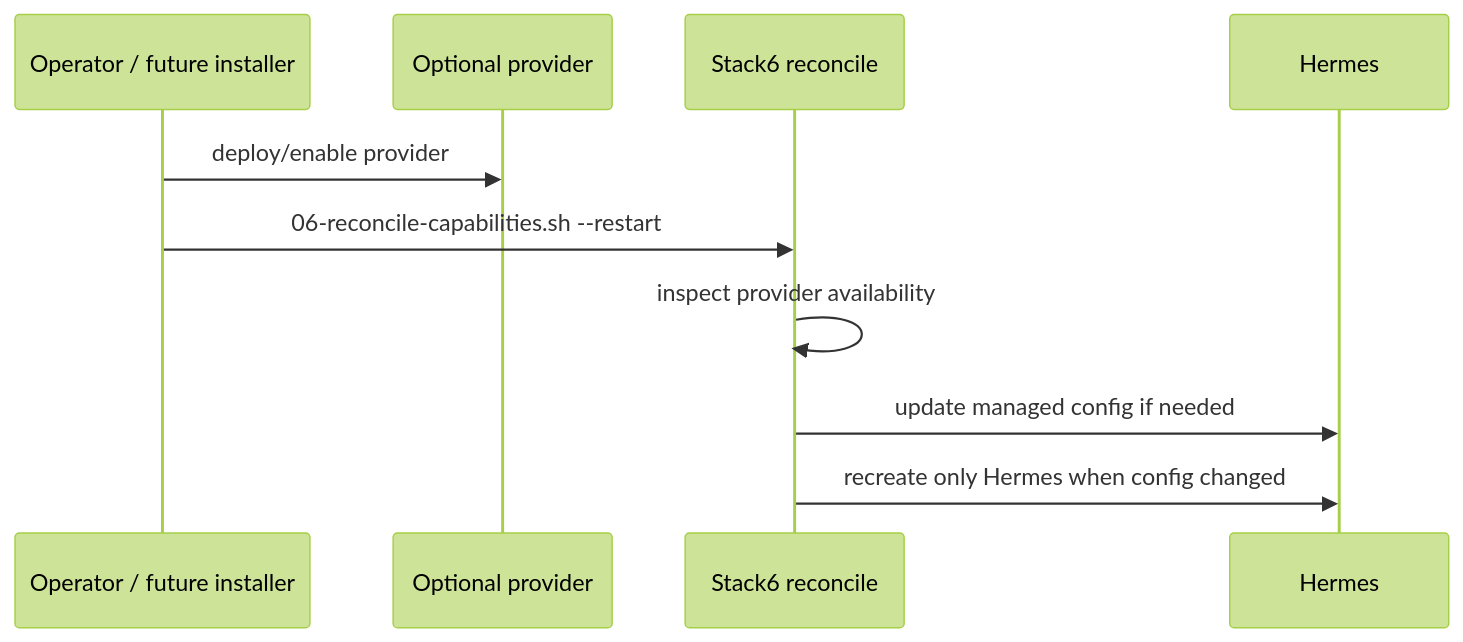
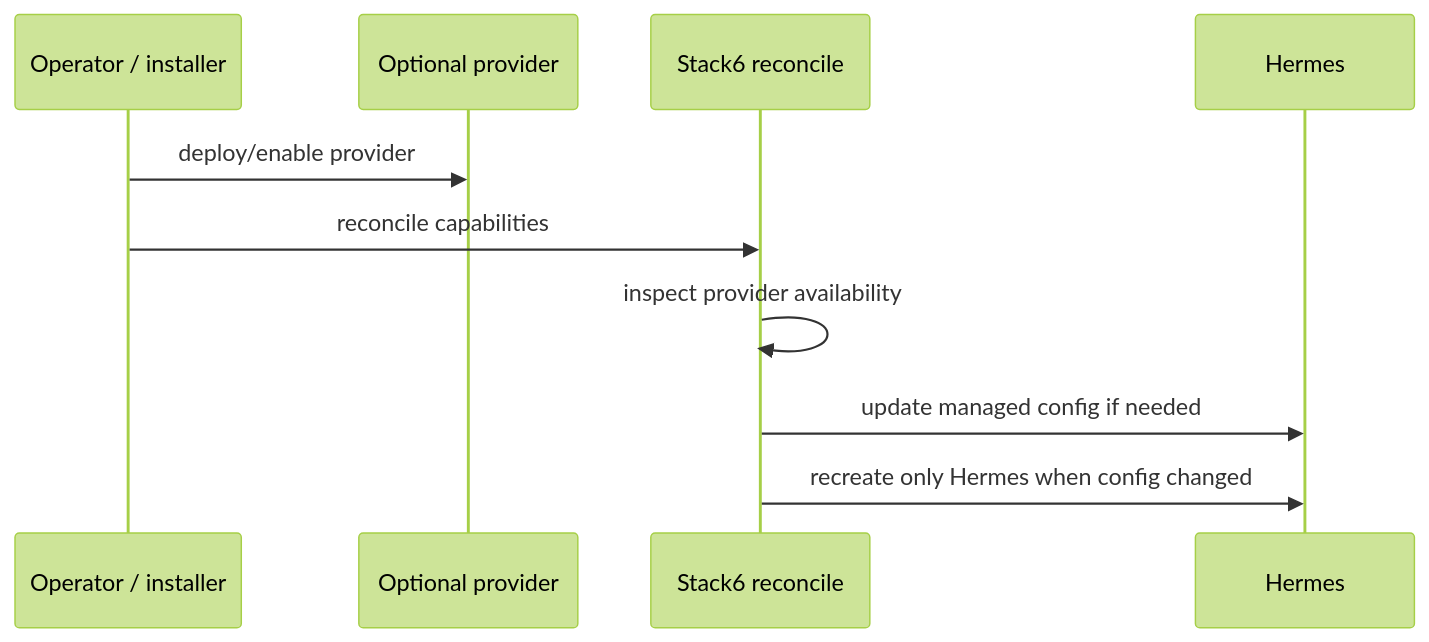
Before and after one commit to ea1het/local_hybrid_ai: the fifth of 6 diagrams in README.md, drawn with Mermaid (forest theme). The commit also changed other lines of this file, not shown here.

Commit message:
Expose common installer in root documentation

````diff
--- a/README.md
+++ b/README.md
@@ -107,12 +137,12 @@
 ```mermaid
 sequenceDiagram
-    participant O as Operator / future installer
+    participant O as Operator / installer
     participant P as Optional provider
     participant R as Stack6 reconcile
     participant H as Hermes
     O->>P: deploy/enable provider
-    O->>R: 06-reconcile-capabilities.sh --restart
+    O->>R: reconcile capabilities
     R->>R: inspect provider availability
     R->>H: update managed config if needed
     R->>H: recreate only Hermes when config changed
 ```
````
